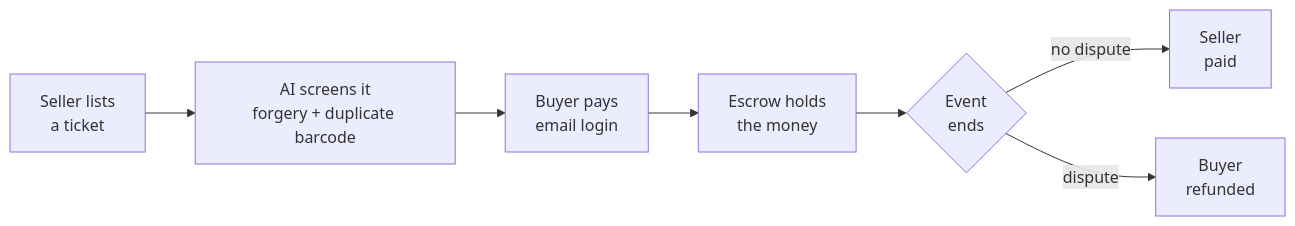
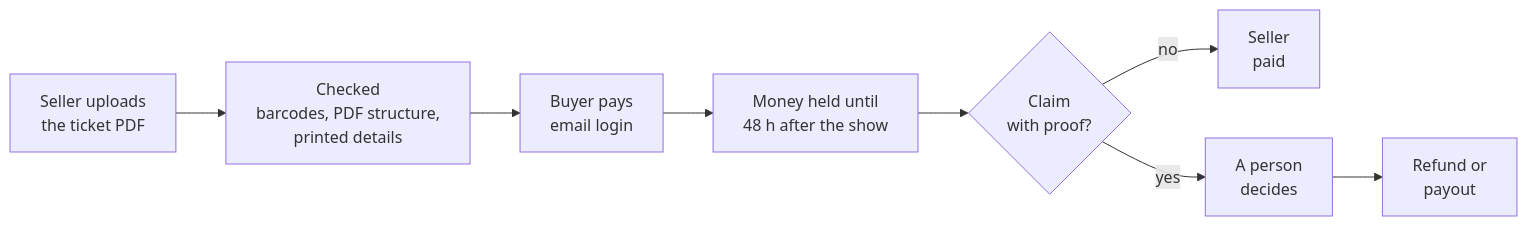
One commit to Lummy-Ticket/.github changed the diagram in profile/README.md. Above: the diagram before and after it, drawn with Mermaid. The commit also changed other lines of this file and 4 other files, not shown here.

````diff
--- a/profile/README.md
+++ b/profile/README.md
@@ -42,9 +42,10 @@
 ```mermaid
 flowchart LR
-    S["Seller lists<br/>a ticket"] --> AI["AI screens it<br/>forgery + duplicate barcode"]
-    AI --> P["Buyer pays<br/>email login"]
-    P --> E["Escrow holds<br/>the money"]
-    E --> Q{"Event<br/>ends"}
-    Q -->|"no dispute"| R["Seller<br/>paid"]
-    Q -->|"dispute"| F["Buyer<br/>refunded"]
+    S["Seller uploads<br/>the ticket PDF"] --> C["Checked<br/>barcodes, PDF structure,<br/>printed details"]
+    C --> P["Buyer pays<br/>email login"]
+    P --> E["Money held until<br/>48 h after the show"]
+    E --> Q{"Claim<br/>with proof?"}
+    Q -->|"no"| R["Seller<br/>paid"]
+    Q -->|"yes"| D["A person<br/>decides"]
+    D --> F["Refund or<br/>payout"]
 ```
````
